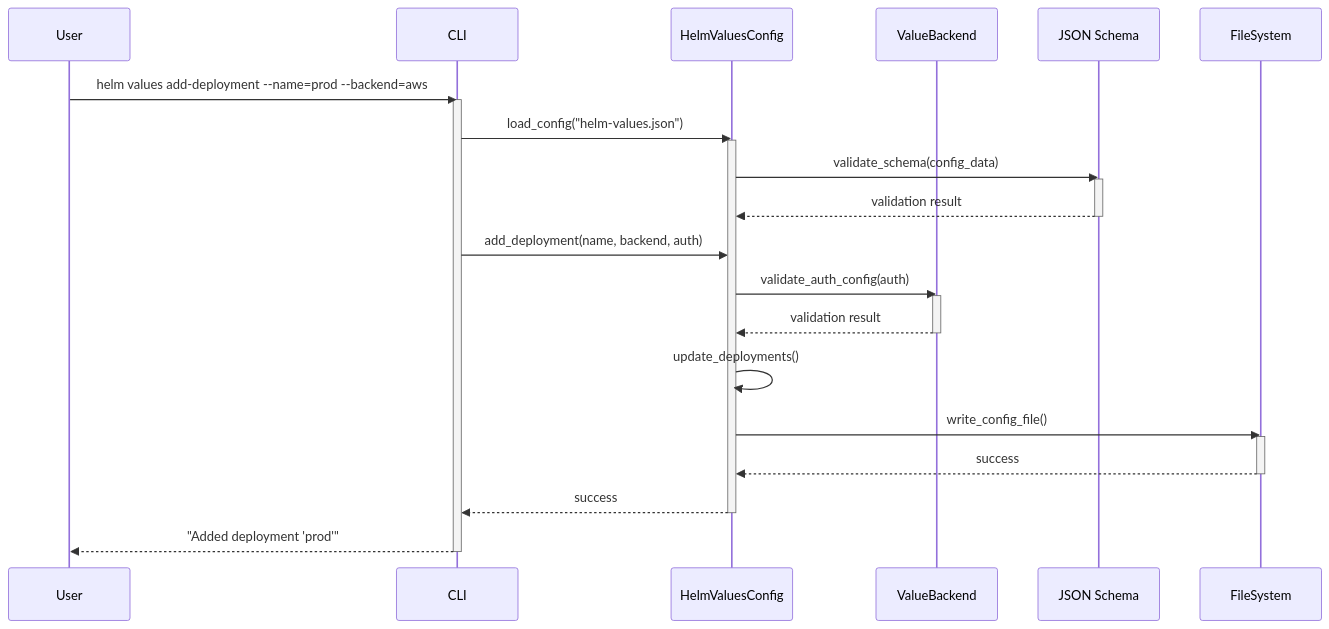
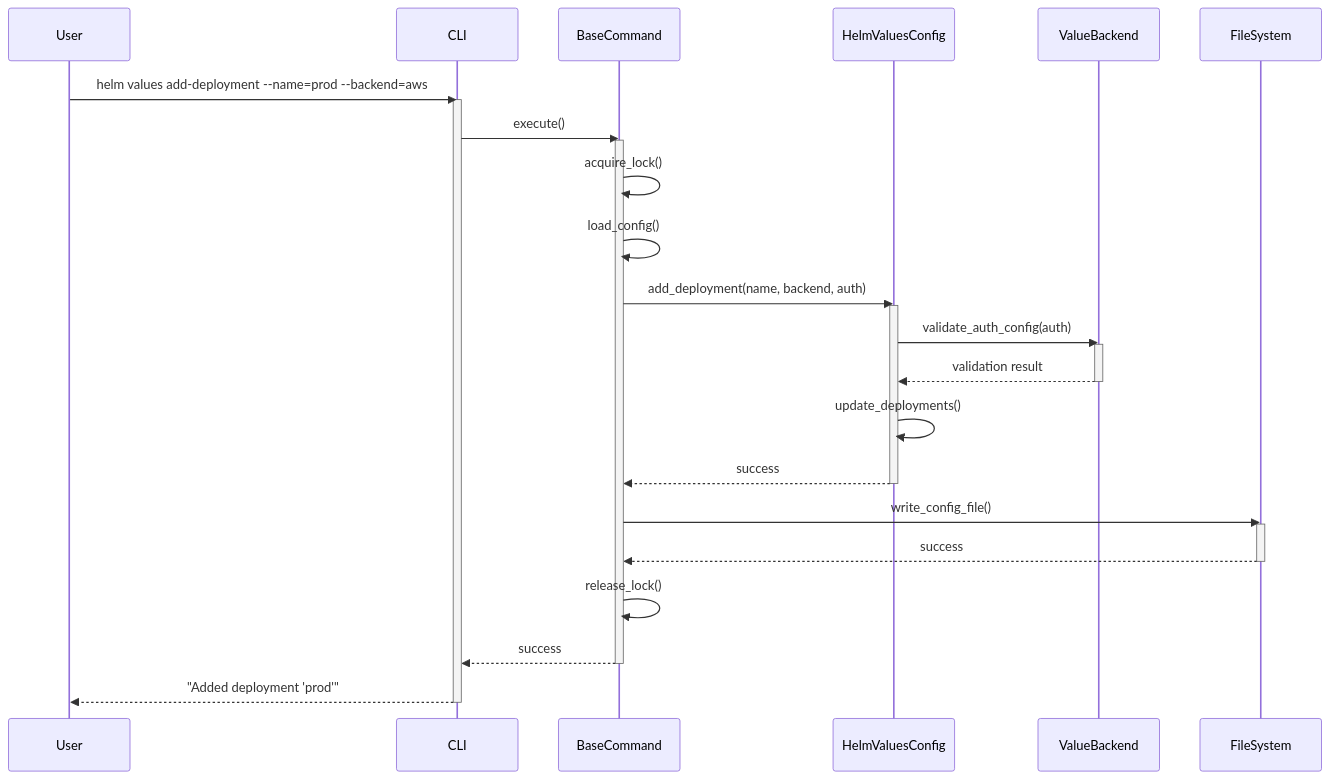
One commit to Zipstack/helm-values-manager changed the third of 12 diagrams in docs/Design/sequence-diagrams.md. Above: the diagram before and after it, drawn with Mermaid. The commit also changed other lines of this file and 16 other files, not shown here.

````diff
--- a/docs/Design/sequence-diagrams.md
+++ b/docs/Design/sequence-diagrams.md
@@ -38,37 +86,40 @@
 ```mermaid
 sequenceDiagram
     participant User
     participant CLI
+    participant BaseCommand
     participant HelmValuesConfig
     participant ValueBackend
-    participant JSON Schema
 
     User->>CLI: helm values add-deployment --name=prod --backend=aws
     activate CLI
 
-    CLI->>HelmValuesConfig: load_config("helm-values.json")
+    CLI->>BaseCommand: execute()
+    activate BaseCommand
+
+    BaseCommand->>BaseCommand: acquire_lock()
+    BaseCommand->>BaseCommand: load_config()
+    BaseCommand->>HelmValuesConfig: add_deployment(name, backend, auth)
     activate HelmValuesConfig
 
-    HelmValuesConfig->>JSON Schema: validate_schema(config_data)
-    activate JSON Schema
-    JSON Schema-->>HelmValuesConfig: validation result
-    deactivate JSON Schema
-
-    CLI->>HelmValuesConfig: add_deployment(name, backend, auth)
     HelmValuesConfig->>ValueBackend: validate_auth_config(auth)
     activate ValueBackend
     ValueBackend-->>HelmValuesConfig: validation result
     deactivate ValueBackend
 
     HelmValuesConfig->>HelmValuesConfig: update_deployments()
-    HelmValuesConfig->>FileSystem: write_config_file()
+    HelmValuesConfig-->>BaseCommand: success
+    deactivate HelmValuesConfig
+
+    BaseCommand->>FileSystem: write_config_file()
     activate FileSystem
-    FileSystem-->>HelmValuesConfig: success
+    FileSystem-->>BaseCommand: success
     deactivate FileSystem
 
-    HelmValuesConfig-->>CLI: success
-    deactivate HelmValuesConfig
+    BaseCommand->>BaseCommand: release_lock()
+    BaseCommand-->>CLI: success
+    deactivate BaseCommand
 
     CLI-->>User: "Added deployment 'prod'"
     deactivate CLI
 ```
````
